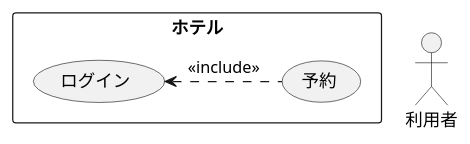
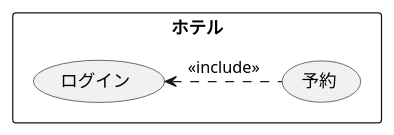
Before and after one commit to nishiyu0919/uml-introduction: the diagram in 演習2-3_ホテル宿泊予約.pu, drawn with PlantUML.

Commit message:
例題2の課題

```diff
--- a/演習2-3_ホテル宿泊予約.pu
+++ b/演習2-3_ホテル宿泊予約.pu
@@ -1,8 +1,7 @@
 @startuml 例題2-3
-actor 利用者
 rectangle ホテル {
 usecase 予約
 usecase ログイン
 }
 ログイン <. 予約 : << include >>
 @enduml
```
